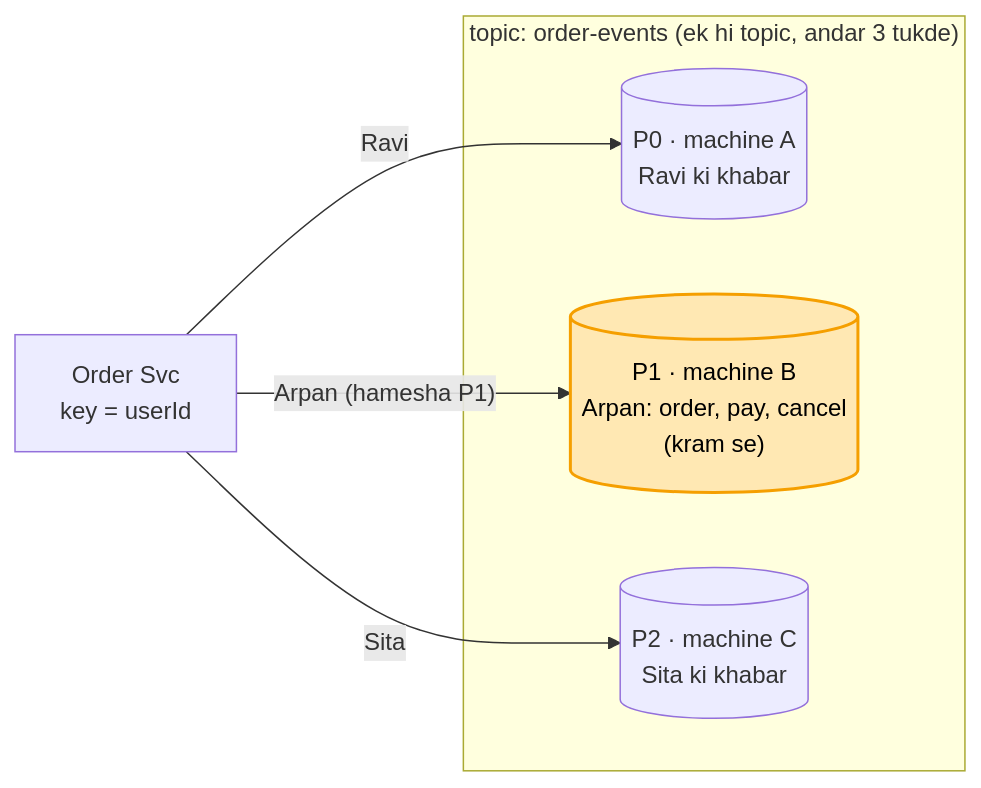
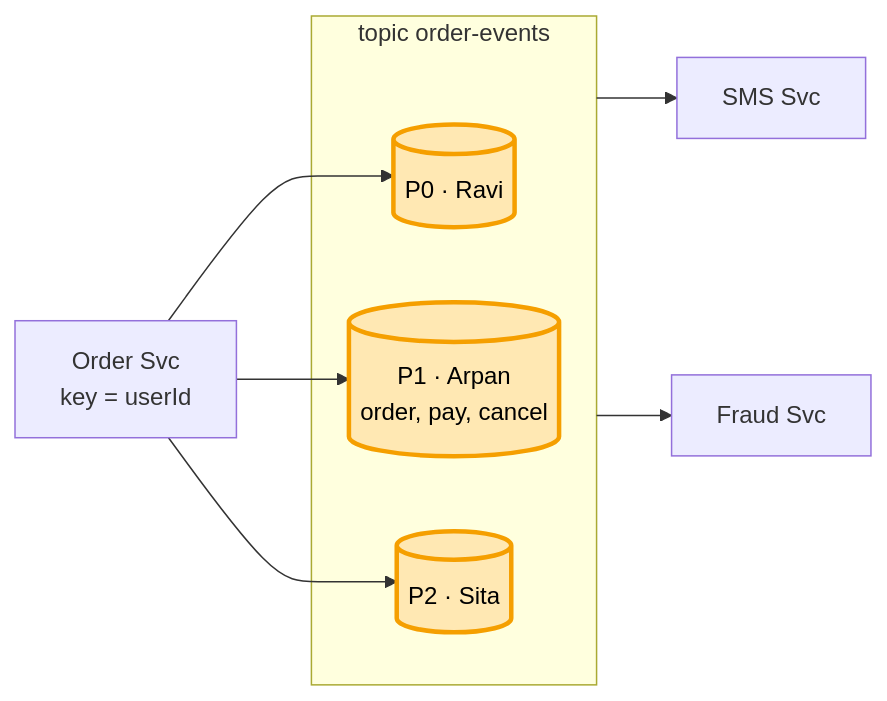
The second of 8 diagrams in 04_HLD/SYSTEM_DESIGNS/12_message_queue_kafka/kafka_concepts.md (ArpanMaheshwari144/Prep), drawn with Mermaid before and after one commit. The commit also changed other lines of this file, not shown here.

Commit message:
kafka concepts: har diagram pichhle ko aage badhata, peela = naya juda

````diff
--- a/04_HLD/SYSTEM_DESIGNS/12_message_queue_kafka/kafka_concepts.md
+++ b/04_HLD/SYSTEM_DESIGNS/12_message_queue_kafka/kafka_concepts.md
@@ -33,13 +33,14 @@
 ```mermaid
 flowchart LR
-    O["Order Svc<br/>key = userId"]
-    subgraph T["topic: order-events (ek hi topic, andar 3 tukde)"]
-        P0[("P0 · machine A<br/>Ravi ki khabar")]
-        P1[("P1 · machine B<br/>Arpan: order, pay, cancel<br/>(kram se)")]
-        P2[("P2 · machine C<br/>Sita ki khabar")]
+    O["Order Svc<br/>key = userId"] --> P0 & P1 & P2
+    subgraph T["topic order-events"]
+        P0[("P0 · Ravi")]
+        P1[("P1 · Arpan<br/>order, pay, cancel")]
+        P2[("P2 · Sita")]
     end
-    O -- "Ravi" --> P0
-    O -- "Arpan (hamesha P1)" --> P1
-    O -- "Sita" --> P2
-    style P1 fill:#ffe8b3,stroke:#f59f00,stroke-width:2px,color:#000
+    T --> S["SMS Svc"]
+    T --> F["Fraud Svc"]
+    style P0 fill:#ffe8b3,stroke:#f59f00,stroke-width:3px,color:#000
+    style P1 fill:#ffe8b3,stroke:#f59f00,stroke-width:3px,color:#000
+    style P2 fill:#ffe8b3,stroke:#f59f00,stroke-width:3px,color:#000
 ```
````
